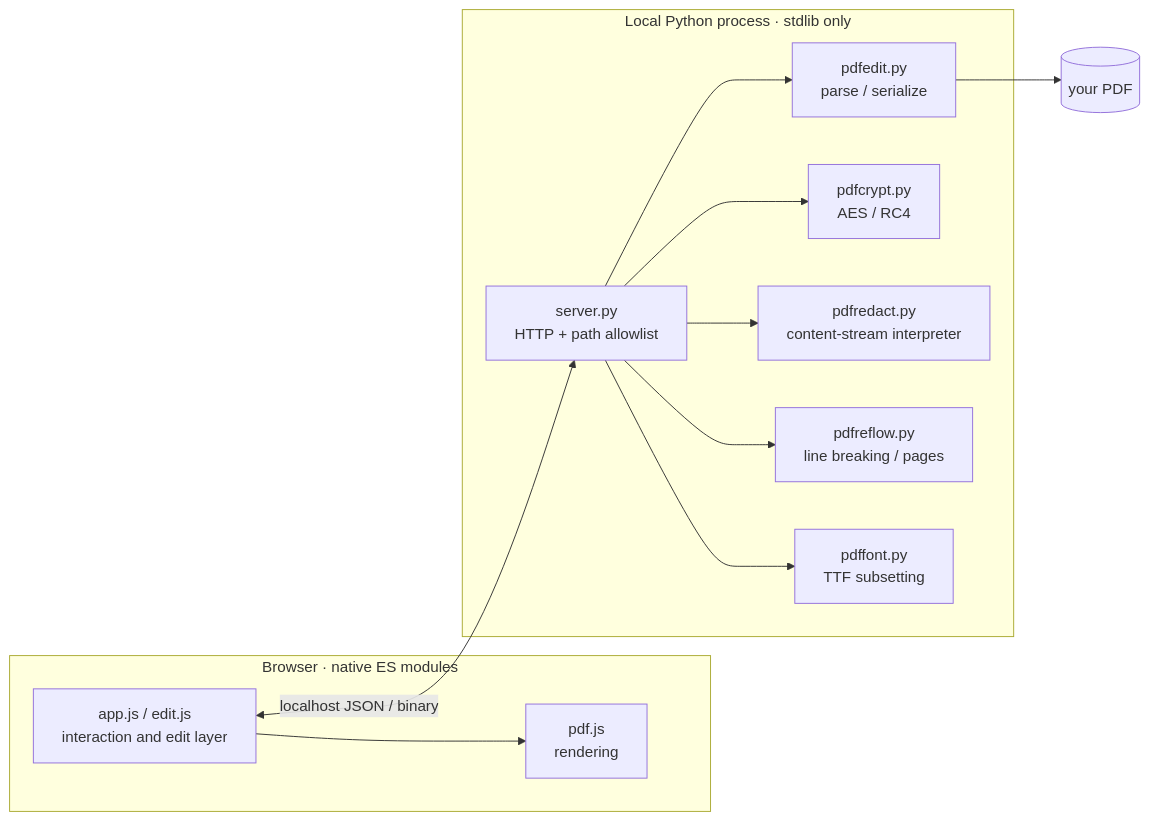
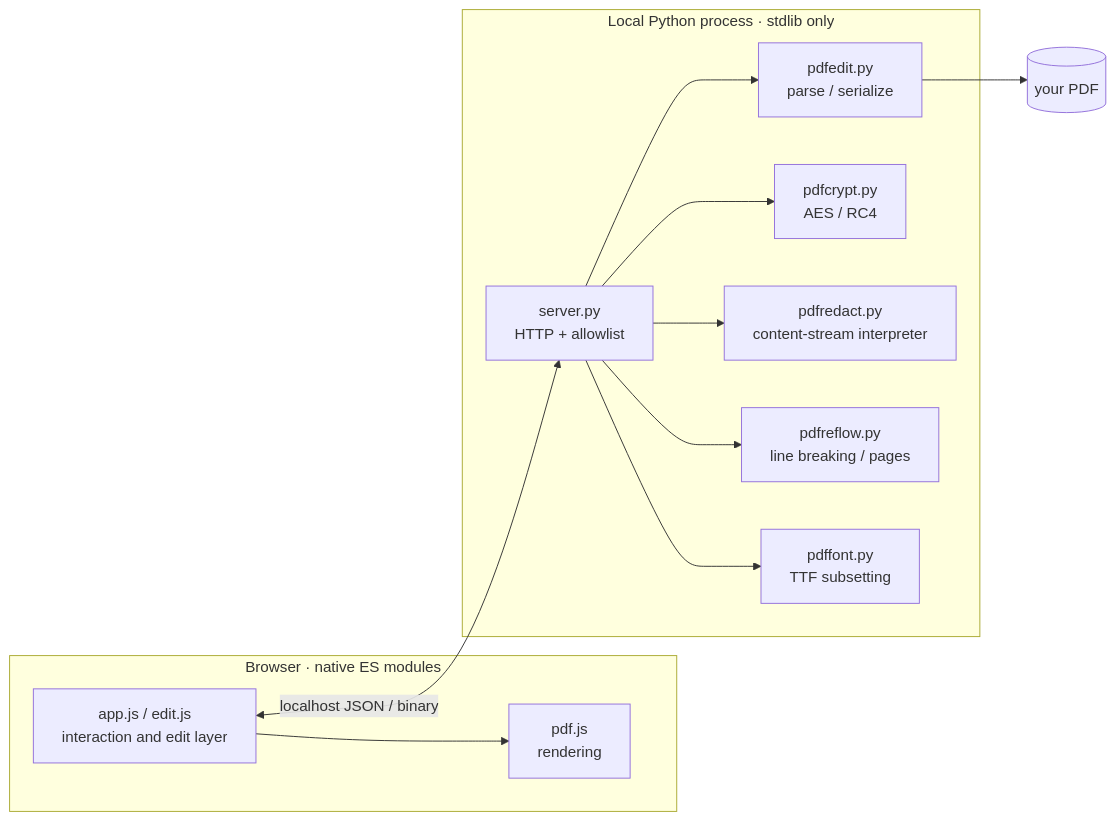
One commit to 1ZJYQWQ/PDF-editor changed the diagram in README.en.md. Above: the diagram before and after it, drawn with Mermaid. The commit also changed 1 other file, not shown here.

Commit message:
README：架构图节点标签缩短

````diff
--- a/README.en.md
+++ b/README.en.md
@@ -175,19 +175,19 @@
 ```mermaid
 flowchart LR
     subgraph B["Browser · native ES modules"]
         UI["app.js / edit.js<br/>interaction and edit layer"]
         PJ["pdf.js<br/>rendering"]
         UI --> PJ
     end
     subgraph P["Local Python process · stdlib only"]
-        API["server.py<br/>HTTP + path allowlist"]
+        API["server.py<br/>HTTP + allowlist"]
         EDIT["pdfedit.py<br/>parse / serialize"]
         CRYPT["pdfcrypt.py<br/>AES / RC4"]
         RED["pdfredact.py<br/>content-stream interpreter"]
         REF["pdfreflow.py<br/>line breaking / pages"]
         FONT["pdffont.py<br/>TTF subsetting"]
     end
     UI <-->|"localhost JSON / binary"| API
     API --> EDIT & CRYPT & RED & REF & FONT
     EDIT --> F[("your PDF")]
 ```
````
